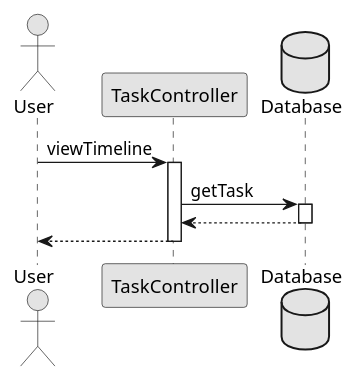
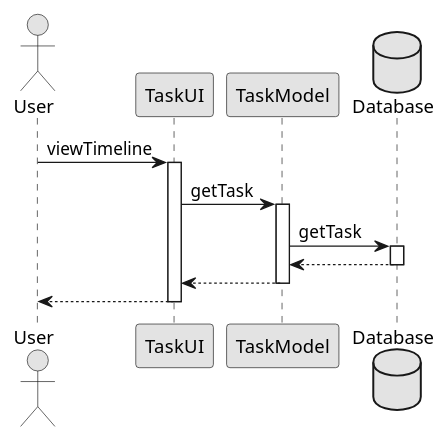
The diagram in docs/res/seq4.pu (imdar1/GitMonitor), drawn with PlantUML before and after one commit. The commit also changed 6 other files, not shown here.

```diff
--- a/docs/res/seq4.pu
+++ b/docs/res/seq4.pu
@@ -1,19 +1,26 @@
 @startuml sequence_diagram4
 skinparam monochrome true
 actor User as user
-participant "TaskController" as a1
+participant "TaskUI" as a1
+participant "TaskModel" as a2
 database "Database" as db
 
 user -> a1: viewTimeline
 activate a1
 
-a1 -> db: getTask
+a1 -> a2: getTask
+activate a2
+
+a2 -> db: getTask
 activate db
 
-db --> a1
+db --> a2
 deactivate db
+
+a2 --> a1
+deactivate a2
 
 a1 --> user
 deactivate a1
 
 @enduml
```
